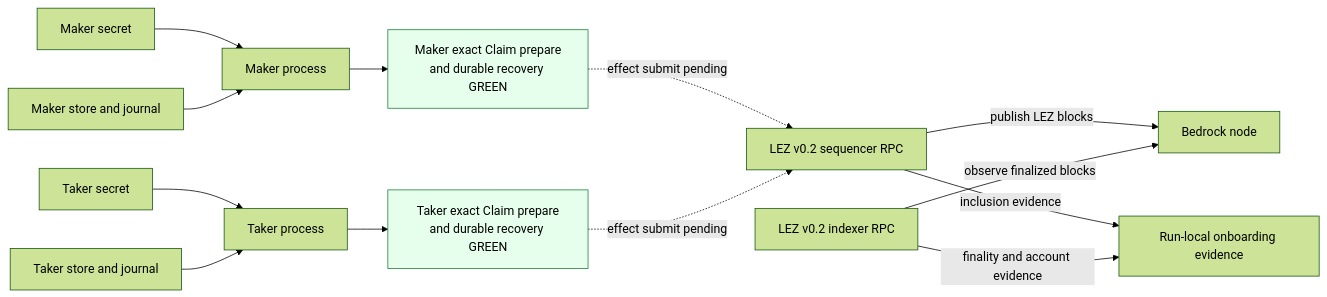
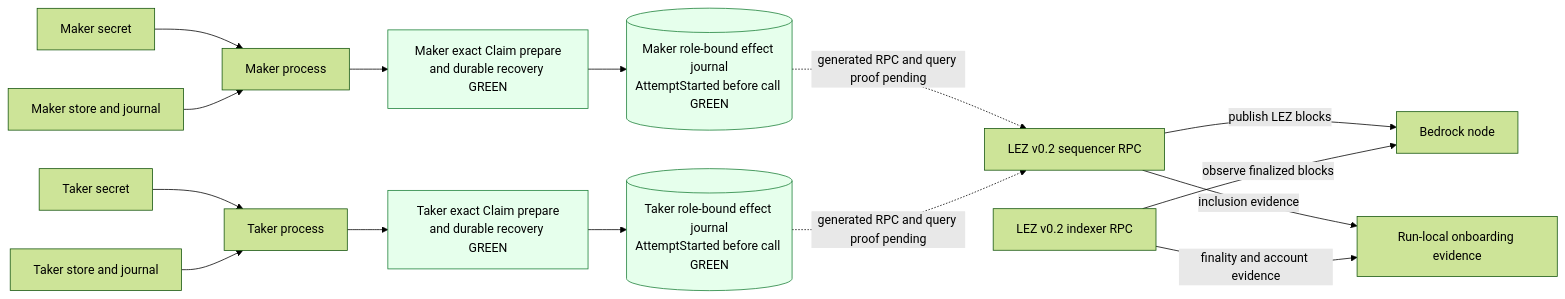
One commit to gateway-fm/lez-atomic-swaps changed the first of 3 diagrams in docs/architecture/0025-independent-lez-v02-vault-onboarding.md. Above: the diagram before and after it, drawn with Mermaid (forest theme). The commit also changed other lines of this file and 16 other files, not shown here.

````diff
--- a/docs/architecture/0025-independent-lez-v02-vault-onboarding.md
+++ b/docs/architecture/0025-independent-lez-v02-vault-onboarding.md
@@ -5,31 +5,35 @@
 ```mermaid
 flowchart LR
     Maker["Maker process"]
     MakerPrepare["Maker exact Claim prepare<br/>and durable recovery GREEN"]
+    MakerAttempt[("Maker role-bound effect journal<br/>AttemptStarted before call GREEN")]
     MakerSecret["Maker secret"]
     MakerStore["Maker store and journal"]
     Taker["Taker process"]
     TakerPrepare["Taker exact Claim prepare<br/>and durable recovery GREEN"]
+    TakerAttempt[("Taker role-bound effect journal<br/>AttemptStarted before call GREEN")]
     TakerSecret["Taker secret"]
     TakerStore["Taker store and journal"]
     Sequencer["LEZ v0.2 sequencer RPC"]
     Bedrock["Bedrock node"]
     Indexer["LEZ v0.2 indexer RPC"]
     Evidence["Run-local onboarding evidence"]
 
     MakerSecret --> Maker
     MakerStore --> Maker
     TakerSecret --> Taker
     TakerStore --> Taker
     Maker --> MakerPrepare
     Taker --> TakerPrepare
-    MakerPrepare -.->|"effect submit pending"| Sequencer
-    TakerPrepare -.->|"effect submit pending"| Sequencer
+    MakerPrepare --> MakerAttempt
+    TakerPrepare --> TakerAttempt
+    MakerAttempt -.->|"generated RPC and query proof pending"| Sequencer
+    TakerAttempt -.->|"generated RPC and query proof pending"| Sequencer
     Sequencer -->|"publish LEZ blocks"| Bedrock
     Indexer -->|"observe finalized blocks"| Bedrock
     Sequencer -->|"inclusion evidence"| Evidence
     Indexer -->|"finality and account evidence"| Evidence
 
     classDef running fill:#e6ffec,stroke:#1a7f37;
-    class MakerPrepare,TakerPrepare running;
+    class MakerPrepare,TakerPrepare,MakerAttempt,TakerAttempt running;
 ```
````
